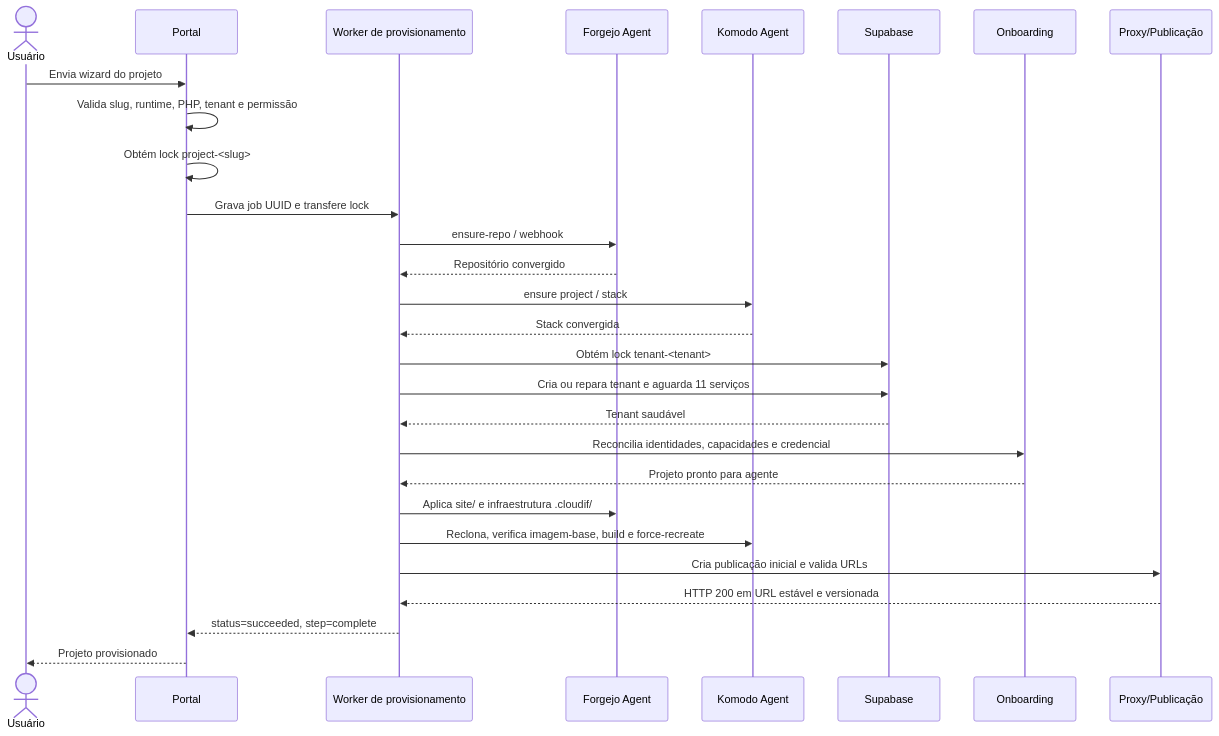
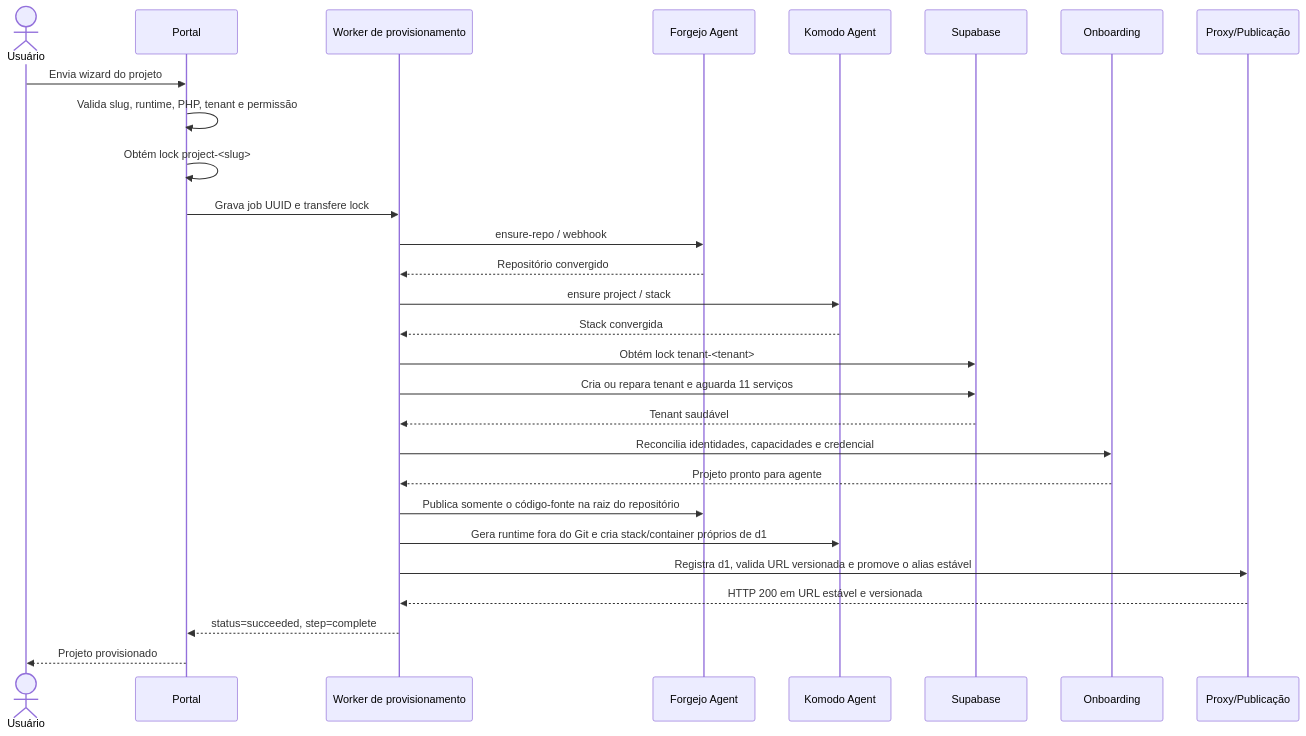
The first of 4 diagrams in docs/manual-tecnico/02-FLUXOS.md (debianlima/cloudiff), drawn with Mermaid before and after one commit. The commit also changed other lines of this file and 10 other files, not shown here.

````diff
--- a/docs/manual-tecnico/02-FLUXOS.md
+++ b/docs/manual-tecnico/02-FLUXOS.md
@@ -5,31 +5,31 @@
 ```mermaid
 sequenceDiagram
   actor U as Usuário
   participant P as Portal
   participant J as Worker de provisionamento
   participant F as Forgejo Agent
   participant K as Komodo Agent
   participant S as Supabase
   participant O as Onboarding
   participant X as Proxy/Publicação
 
   U->>P: Envia wizard do projeto
   P->>P: Valida slug, runtime, PHP, tenant e permissão
   P->>P: Obtém lock project-<slug>
   P->>J: Grava job UUID e transfere lock
   J->>F: ensure-repo / webhook
   F-->>J: Repositório convergido
   J->>K: ensure project / stack
   K-->>J: Stack convergida
   J->>S: Obtém lock tenant-<tenant>
   J->>S: Cria ou repara tenant e aguarda 11 serviços
   S-->>J: Tenant saudável
   J->>O: Reconcilia identidades, capacidades e credencial
   O-->>J: Projeto pronto para agente
-  J->>F: Aplica site/ e infraestrutura .cloudif/
-  J->>K: Reclona, verifica imagem-base, build e force-recreate
-  J->>X: Cria publicação inicial e valida URLs
+  J->>F: Publica somente o código-fonte na raiz do repositório
+  J->>K: Gera runtime fora do Git e cria stack/container próprios de d1
+  J->>X: Registra d1, valida URL versionada e promove o alias estável
   X-->>J: HTTP 200 em URL estável e versionada
   J-->>P: status=succeeded, step=complete
   P-->>U: Projeto provisionado
 ```
````
